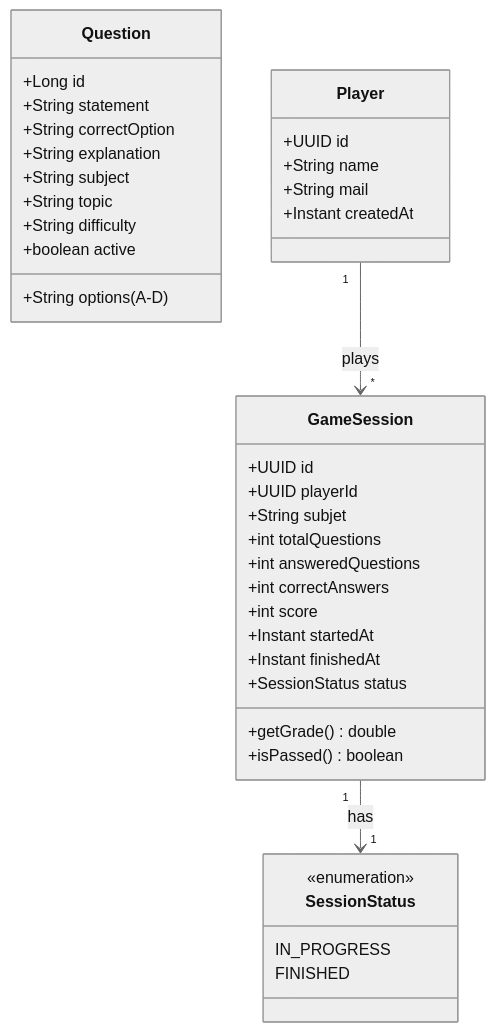
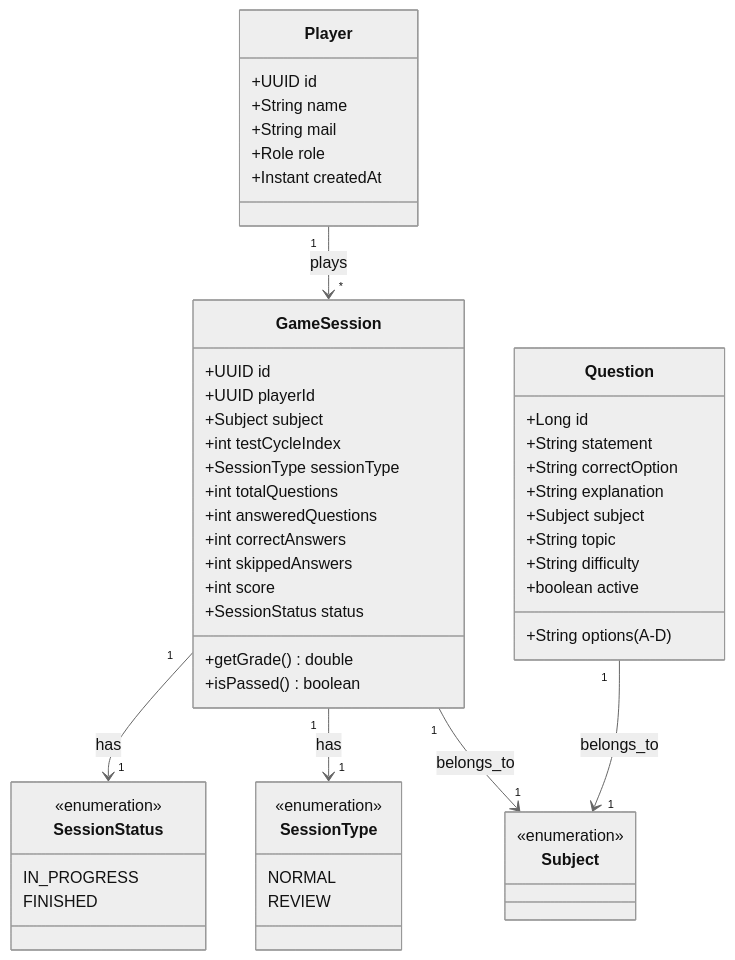
The second of 3 diagrams in README.md (AaronSGomez/TriviaHex), drawn with Mermaid (neutral theme) before and after one commit. The commit also changed other lines of this file, not shown here.

Commit message:
test de repaso implementados con mejoras

````diff
--- a/README.md
+++ b/README.md
@@ -115,42 +131,55 @@
 ```mermaid
 classDiagram
     class Question {
         +Long id
         +String statement
         +String options (A-D)
         +String correctOption
         +String explanation
-        +String subject
+        +Subject subject
         +String topic
         +String difficulty
         +boolean active
     }
     class Player {
         +UUID id
         +String name
         +String mail
+        +Role role
         +Instant createdAt
     }
     class GameSession {
         +UUID id
         +UUID playerId
-        +String subjet
+        +Subject subject
+        +int testCycleIndex
+        +SessionType sessionType
         +int totalQuestions
         +int answeredQuestions
         +int correctAnswers
+        +int skippedAnswers
         +int score
-        +Instant startedAt
-        +Instant finishedAt
         +SessionStatus status
         +getGrade() double
         +isPassed() boolean
     }
     class SessionStatus {
         <<enumeration>>
         IN_PROGRESS
         FINISHED
     }
+    class SessionType {
+        <<enumeration>>
+        NORMAL
+        REVIEW
+    }
+    class Subject {
+        <<enumeration>>
+    }
     
     Player "1" --> "*" GameSession : plays
     GameSession "1" --> "1" SessionStatus : has
+    GameSession "1" --> "1" SessionType : has
+    GameSession "1" --> "1" Subject : belongs_to
+    Question "1" --> "1" Subject : belongs_to
 ```
````
